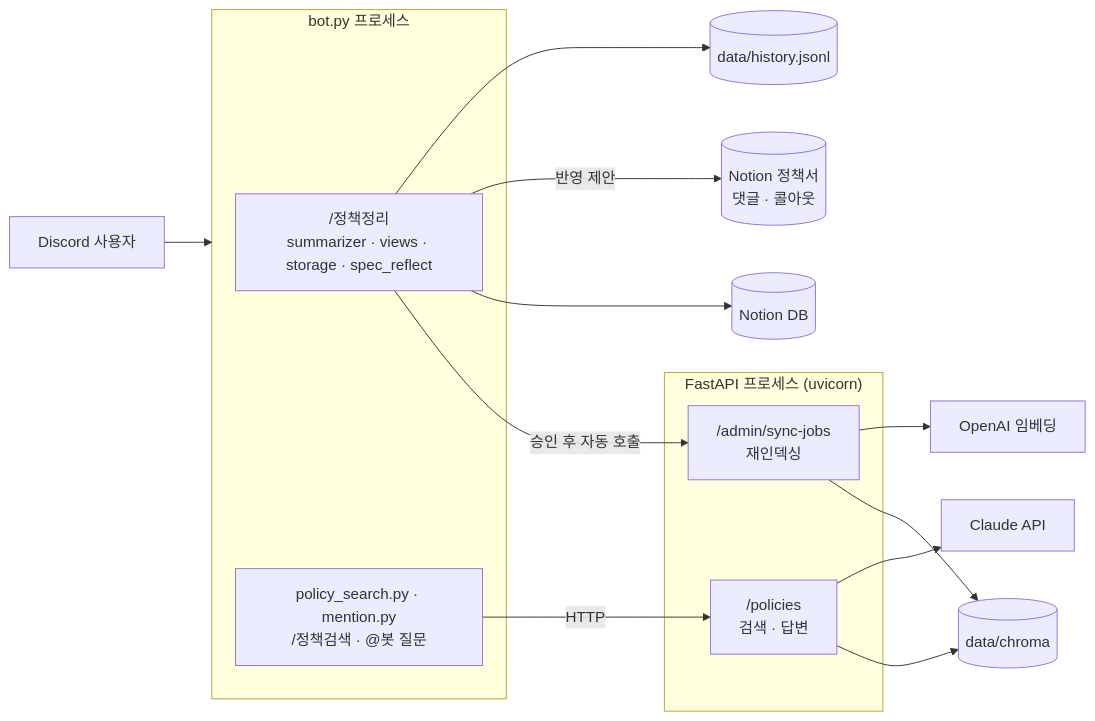
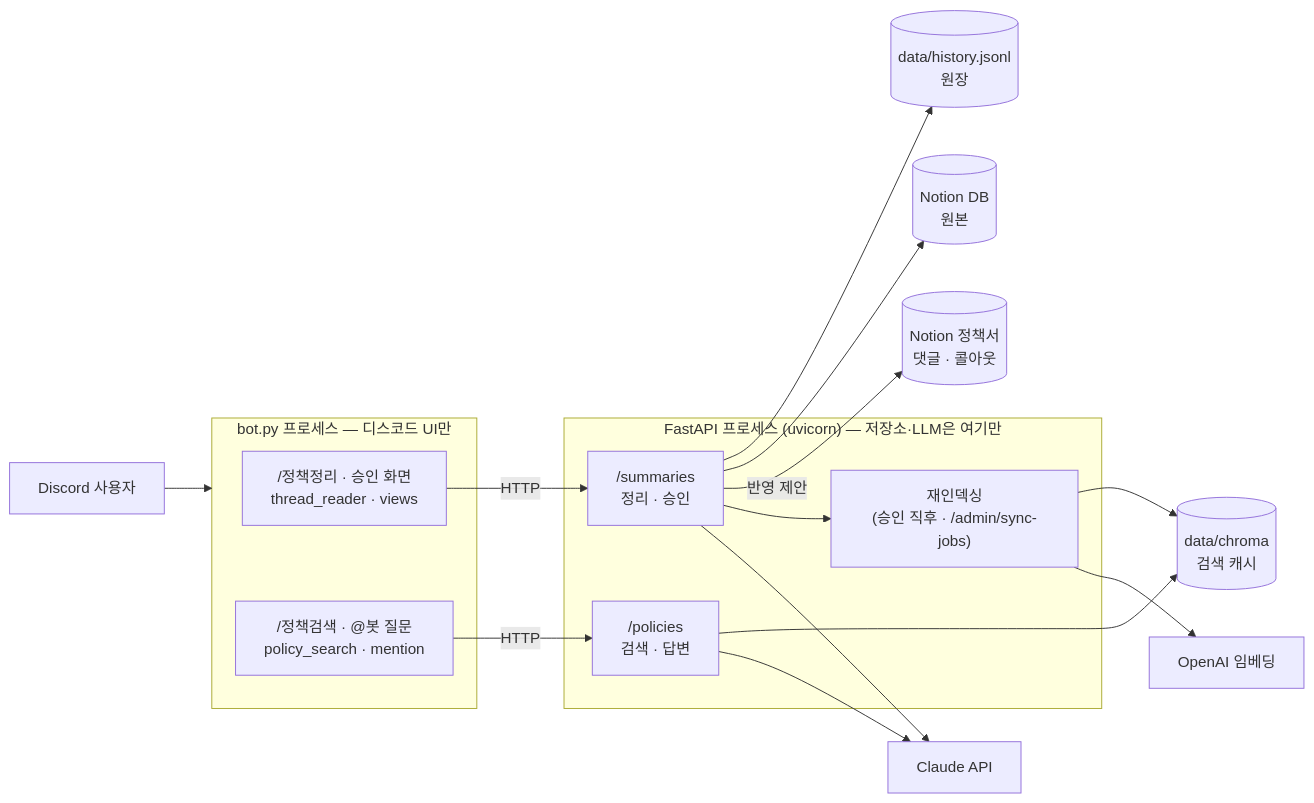
The diagram in README.md (seoyoon513/moree-policy-bot), drawn with Mermaid before and after one commit. The commit also changed other lines of this file and 8 other files, not shown here.

````diff
--- a/README.md
+++ b/README.md
@@ -17,24 +17,26 @@
 ```mermaid
 flowchart LR
     U[Discord 사용자] --> B
 
-    subgraph B[bot.py 프로세스]
-        S["/정책정리<br/>summarizer · views · storage · spec_reflect"]
-        P["policy_search.py · mention.py<br/>/정책검색 · @봇 질문"]
+    subgraph B["bot.py 프로세스 — 디스코드 UI만"]
+        S["/정책정리 · 승인 화면<br/>thread_reader · views"]
+        P["/정책검색 · @봇 질문<br/>policy_search · mention"]
     end
 
-    subgraph A["FastAPI 프로세스 (uvicorn)"]
-        J["/admin/sync-jobs<br/>재인덱싱"]
+    subgraph A["FastAPI 프로세스 (uvicorn) — 저장소·LLM은 여기만"]
+        SU["/summaries<br/>정리 · 승인"]
         Q["/policies<br/>검색 · 답변"]
+        J["재인덱싱<br/>(승인 직후 · /admin/sync-jobs)"]
     end
 
-    S -- 승인 후 자동 호출 --> J
+    S -- HTTP --> SU
     P -- HTTP --> Q
-    S --> N[(Notion DB)]
-    S -- 반영 제안 --> SP[(Notion 정책서<br/>댓글 · 콜아웃)]
-    S --> H[(data/history.jsonl)]
-    J --> C[(data/chroma)]
+    SU --> H[(data/history.jsonl<br/>원장)]
+    SU --> N[(Notion DB<br/>원본)]
+    SU -- 반영 제안 --> SP[(Notion 정책서<br/>댓글 · 콜아웃)]
+    SU --> J
+    J --> C[(data/chroma<br/>검색 캐시)]
     Q --> C
-    Q --> CL[Claude API]
+    SU & Q --> CL[Claude API]
     J --> OA[OpenAI 임베딩]
 ```
````
